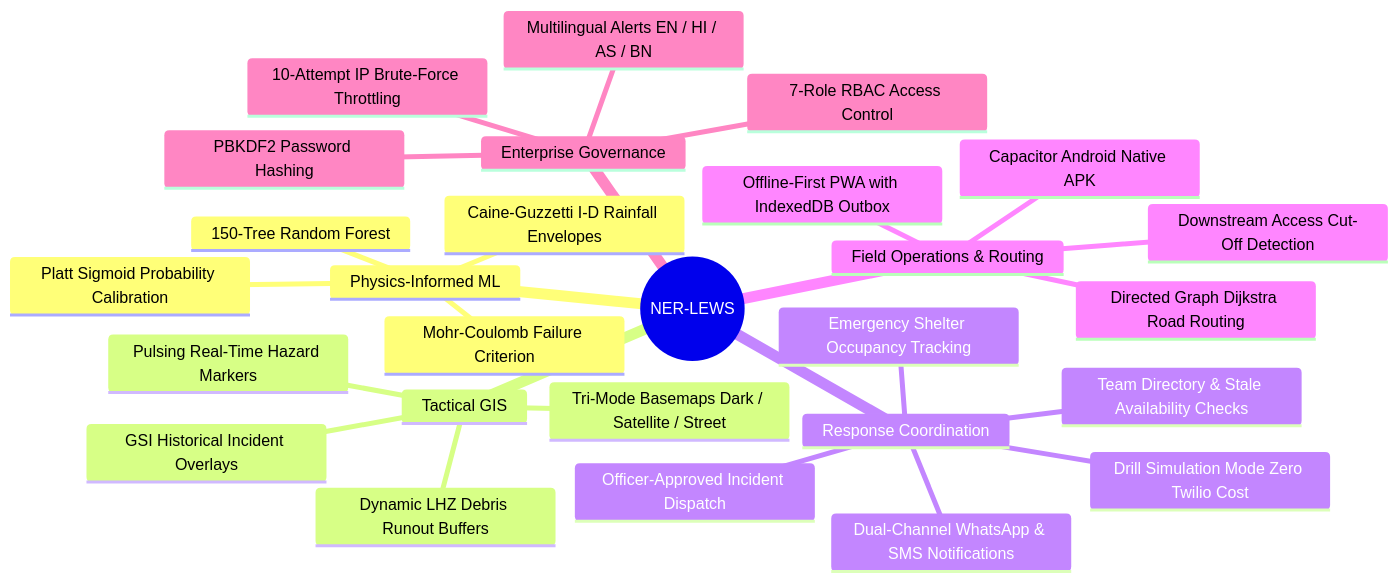
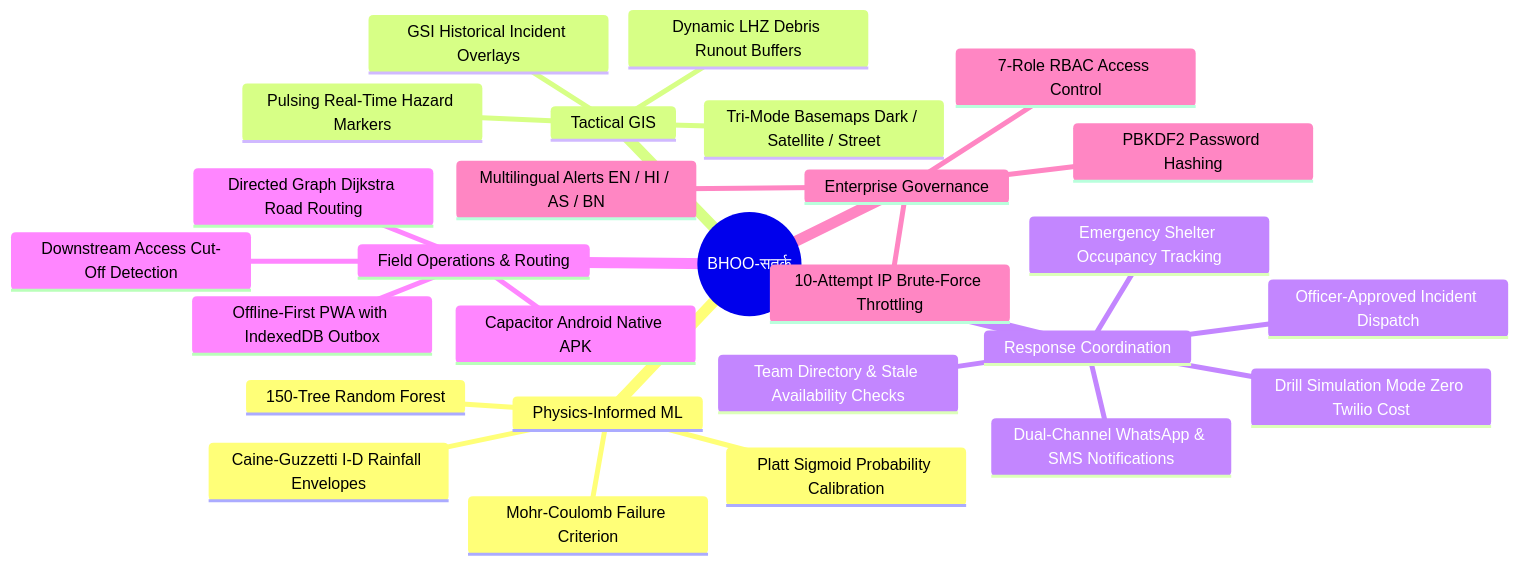
One commit to sanskarrawat-nn/SIH-26001-AI-Based-early-warning-and-landslide-Risk-Monitoring-System-in-NER changed the first of 2 diagrams in README.md. Above: the diagram before and after it, drawn with Mermaid. The commit also changed other lines of this file and 7 other files, not shown here.

````diff
--- a/README.md
+++ b/README.md
@@ -268,30 +333,30 @@
 ```mermaid
 mindmap
-  root((NER-LEWS))
+  root((BHOO-सतर्क))
     Physics-Informed ML
       Mohr-Coulomb Failure Criterion
       Caine-Guzzetti I-D Rainfall Envelopes
       150-Tree Random Forest
       Platt Sigmoid Probability Calibration
     Tactical GIS
       Tri-Mode Basemaps Dark / Satellite / Street
       Dynamic LHZ Debris Runout Buffers
       Pulsing Real-Time Hazard Markers
       GSI Historical Incident Overlays
     Response Coordination
       Officer-Approved Incident Dispatch
       Team Directory & Stale Availability Checks
       Dual-Channel WhatsApp & SMS Notifications
       Emergency Shelter Occupancy Tracking
       Drill Simulation Mode Zero Twilio Cost
     Field Operations & Routing
       Directed Graph Dijkstra Road Routing
       Downstream Access Cut-Off Detection
       Offline-First PWA with IndexedDB Outbox
       Capacitor Android Native APK
     Enterprise Governance
       7-Role RBAC Access Control
       PBKDF2 Password Hashing
       10-Attempt IP Brute-Force Throttling
       Multilingual Alerts EN / HI / AS / BN
 ```
````
